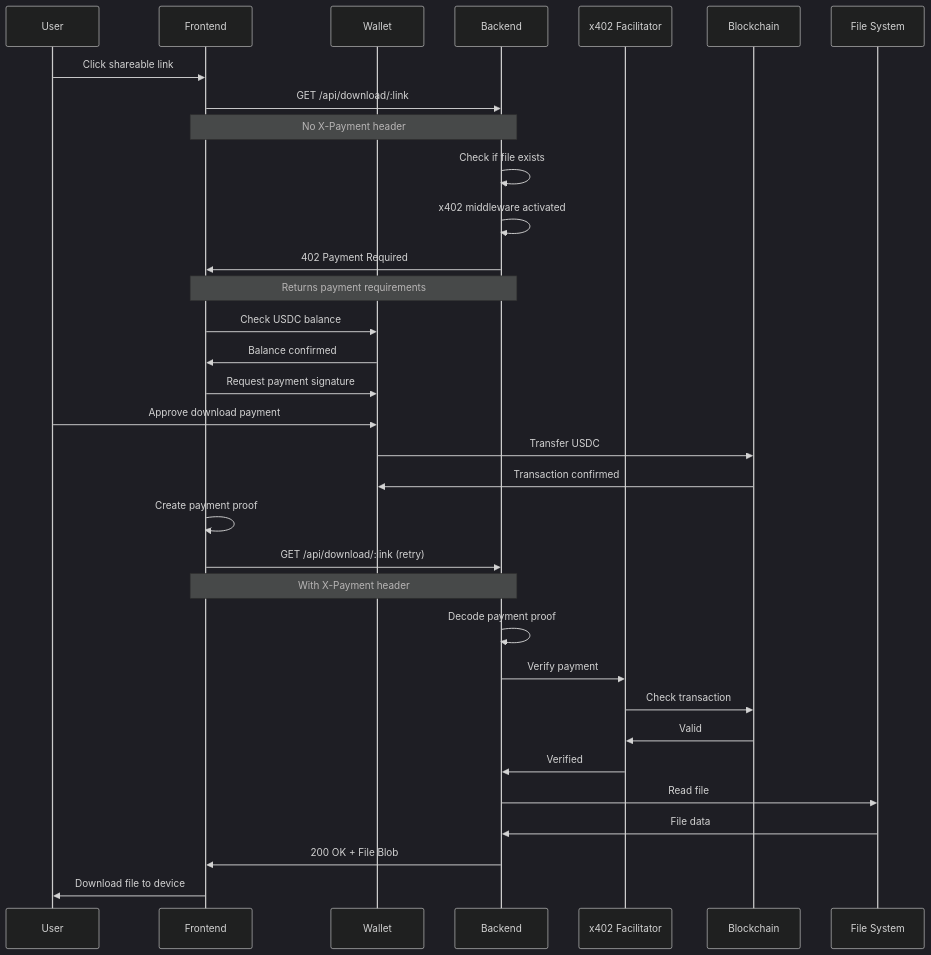
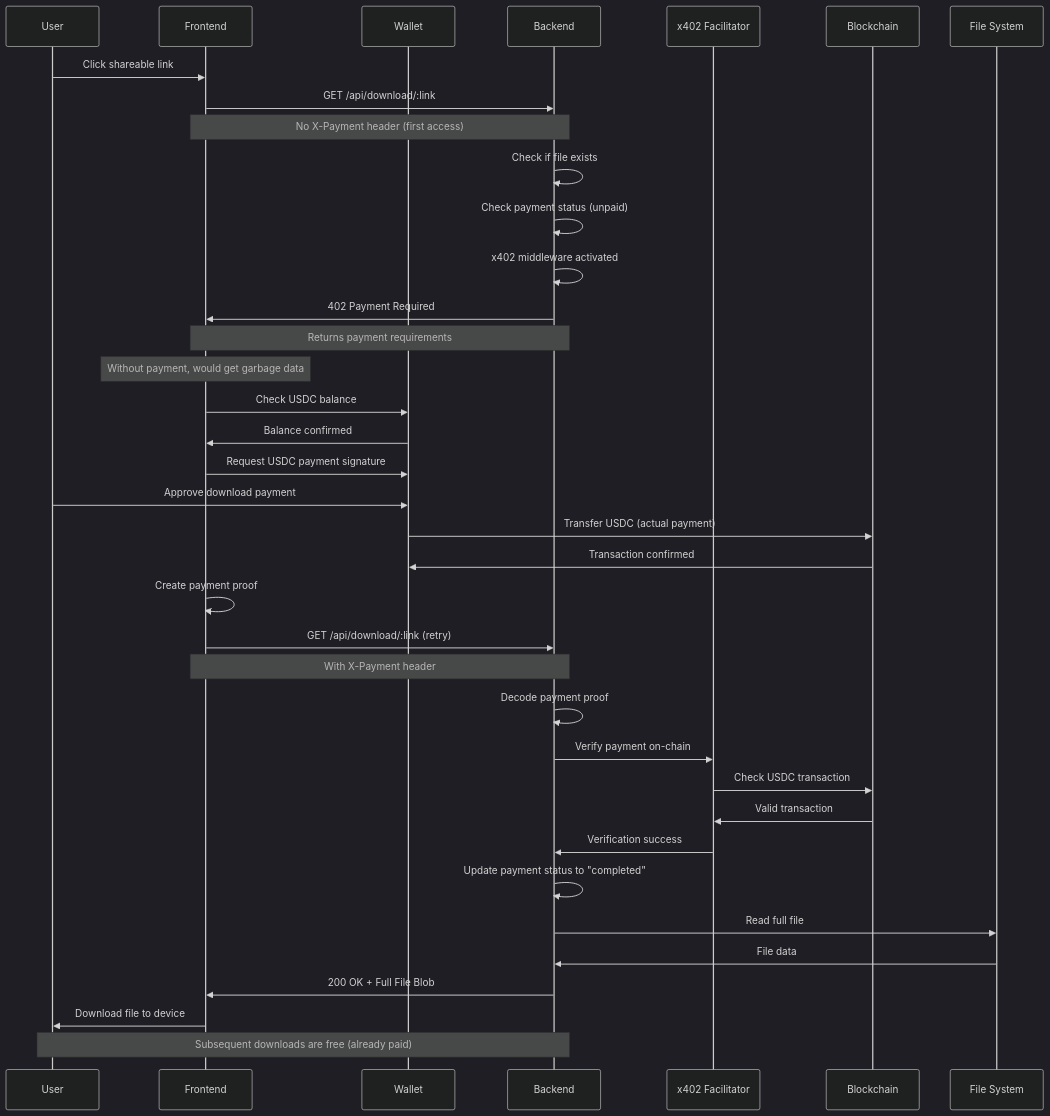
The second of 2 diagrams in README.md (rajat-sharma-Dev/TempFileStorage), drawn with Mermaid (dark theme) before and after one commit. The commit also changed other lines of this file, not shown here.

````diff
--- a/README.md
+++ b/README.md
@@ -266,43 +322,49 @@
 ```mermaid
 sequenceDiagram
     participant U as User
     participant F as Frontend
     participant W as Wallet
     participant B as Backend
     participant X as x402 Facilitator
     participant BC as Blockchain
     participant FS as File System
 
     U->>F: Click shareable link
     F->>B: GET /api/download/:link
-    Note over F,B: No X-Payment header
+    Note over F,B: No X-Payment header (first access)
     
     B->>B: Check if file exists
+    B->>B: Check payment status (unpaid)
     B->>B: x402 middleware activated
     B->>F: 402 Payment Required
     Note over B,F: Returns payment requirements
     
+    Note over F: Without payment, would get garbage data
+    
     F->>W: Check USDC balance
     W->>F: Balance confirmed
     
-    F->>W: Request payment signature
+    F->>W: Request USDC payment signature
     U->>W: Approve download payment
-    W->>BC: Transfer USDC
+    W->>BC: Transfer USDC (actual payment)
     BC->>W: Transaction confirmed
     
     F->>F: Create payment proof
     F->>B: GET /api/download/:link (retry)
     Note over F,B: With X-Payment header
     
     B->>B: Decode payment proof
-    B->>X: Verify payment
-    X->>BC: Check transaction
-    BC->>X: Valid
-    X->>B: Verified
+    B->>X: Verify payment on-chain
+    X->>BC: Check USDC transaction
+    BC->>X: Valid transaction
+    X->>B: Verification success
     
-    B->>FS: Read file
+    B->>B: Update payment status to "completed"
+    B->>FS: Read full file
     FS->>B: File data
     
-    B->>F: 200 OK + File Blob
+    B->>F: 200 OK + Full File Blob
     F->>U: Download file to device
+    
+    Note over U,B: Subsequent downloads are free (already paid)
 ```
````
